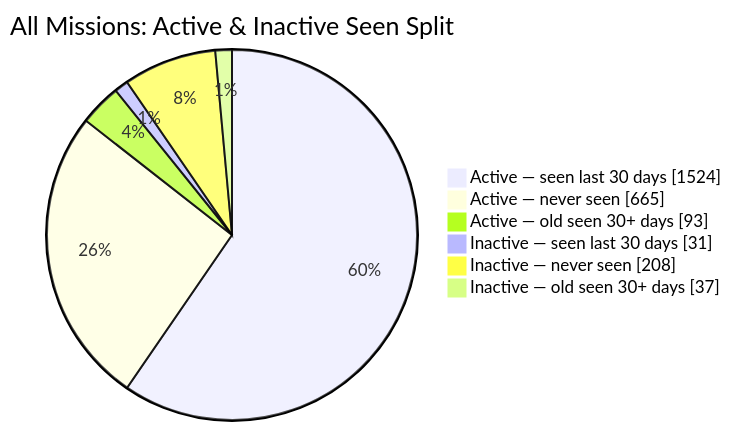
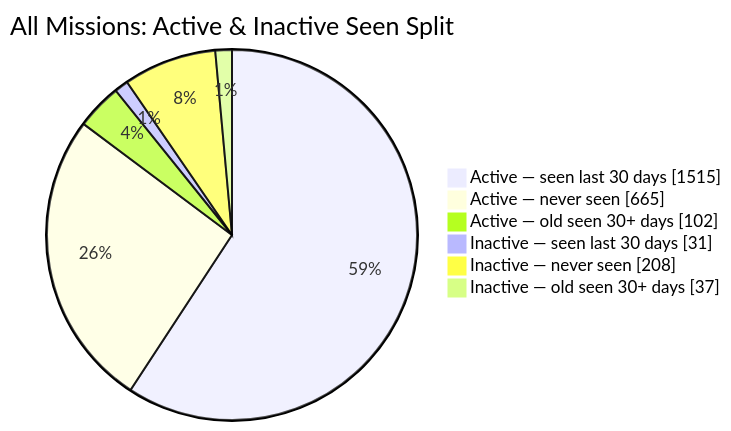
One commit to MeldkamerspelGameTeam/active-missions changed the second of 2 diagrams in README.md. Above: the diagram before and after it, drawn with Mermaid. The commit also changed other lines of this file and 2 other files, not shown here.

````diff
--- a/README.md
+++ b/README.md
@@ -44,10 +44,10 @@
 ```mermaid
 pie showData
     title All Missions: Active & Inactive Seen Split
-    "Active — seen last 30 days" : 1524
+    "Active — seen last 30 days" : 1515
     "Active — never seen" : 665
-    "Active — old seen 30+ days" : 93
+    "Active — old seen 30+ days" : 102
     "Inactive — seen last 30 days" : 31
     "Inactive — never seen" : 208
     "Inactive — old seen 30+ days" : 37
 ```
````
